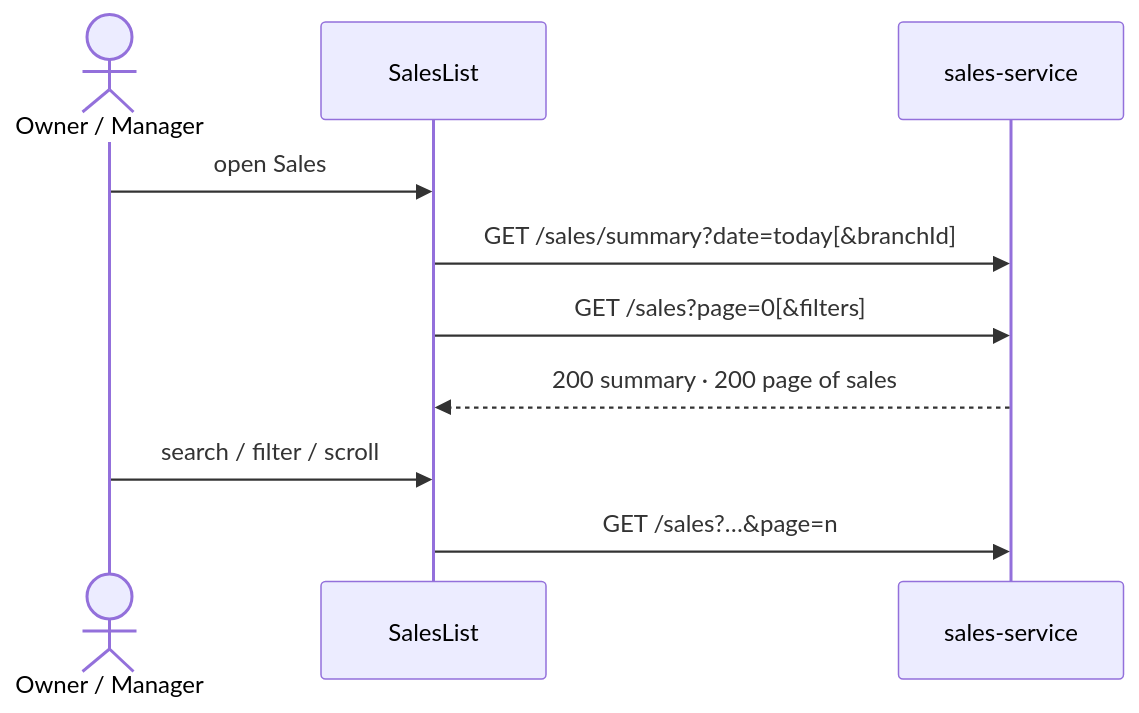
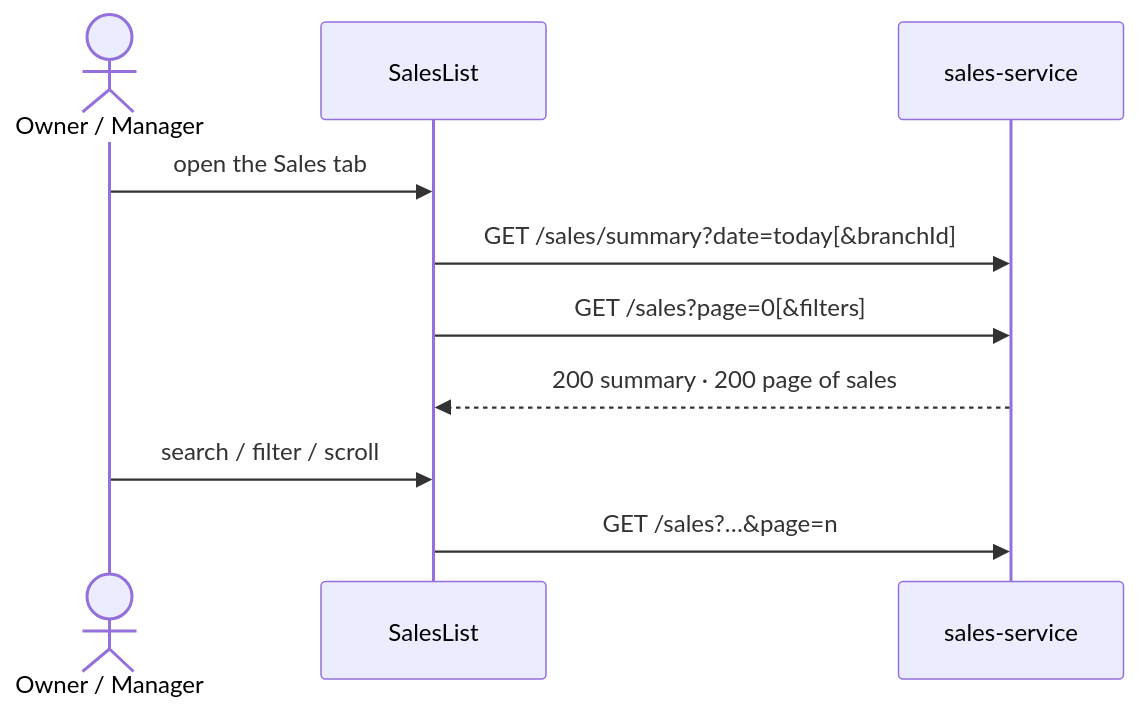
One commit to GorosXD/camfinsight-docs changed the first of 4 diagrams in specs/mobile-sales-management/spec.md. Above: the diagram before and after it, drawn with Mermaid. The commit also changed other lines of this file and 4 other files, not shown here.

````diff
--- a/specs/mobile-sales-management/spec.md
+++ b/specs/mobile-sales-management/spec.md
@@ -73,12 +87,12 @@
 ```mermaid
 sequenceDiagram
     actor U as Owner / Manager
     participant UI as SalesList
     participant API as sales-service
-    U->>UI: open Sales
+    U->>UI: open the Sales tab
     UI->>API: GET /sales/summary?date=today[&branchId]
     UI->>API: GET /sales?page=0[&filters]
     API-->>UI: 200 summary · 200 page of sales
     U->>UI: search / filter / scroll
     UI->>API: GET /sales?…&page=n
 ```
````
